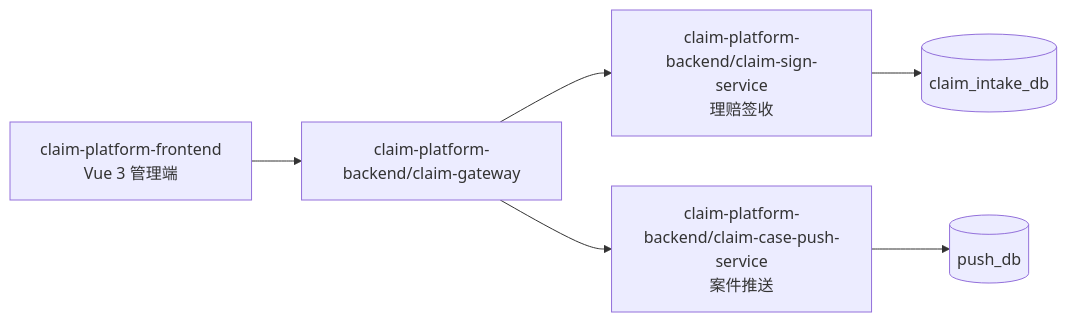
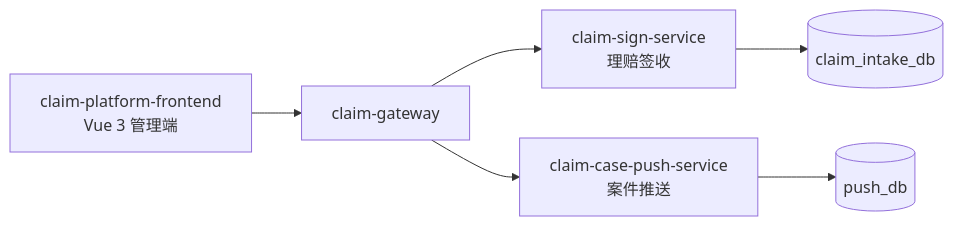
One commit to wangguangwu/claim-platform changed the first of 2 diagrams in docs/specs/baseline.md. Above: the diagram before and after it, drawn with Mermaid. The commit also changed other lines of this file and 15 other files, not shown here.

````diff
--- a/docs/specs/baseline.md
+++ b/docs/specs/baseline.md
@@ -51,8 +74,8 @@
 ```mermaid
 flowchart LR
-    FE[claim-platform-frontend\nVue 3 管理端] --> GW[claim-platform-backend/claim-gateway]
-    GW --> SIGN[claim-platform-backend/claim-sign-service\n理赔签收]
-    GW --> PUSH[claim-platform-backend/claim-case-push-service\n案件推送]
-    SIGN --> INTAKE_DB[(claim_intake_db)]
+    FE[claim-platform-frontend\nVue 3 管理端] --> GW[claim-gateway]
+    GW --> SIGN[claim-sign-service\n理赔签收]
+    GW --> PUSH[claim-case-push-service\n案件推送]
+    SIGN --> SIGNDB[(claim_intake_db)]
     PUSH --> PUSHDB[(push_db)]
 ```
````
